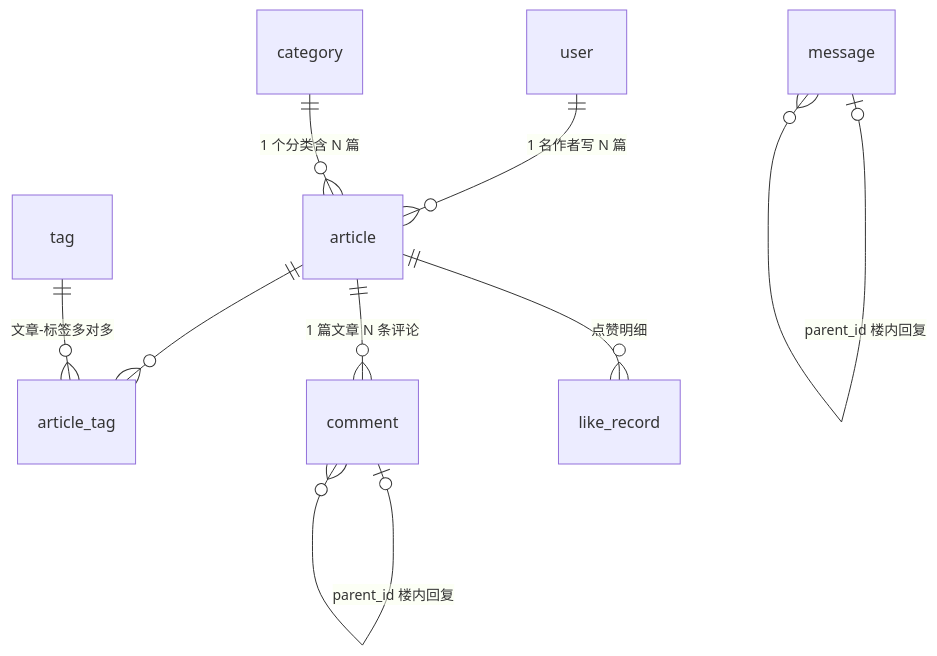
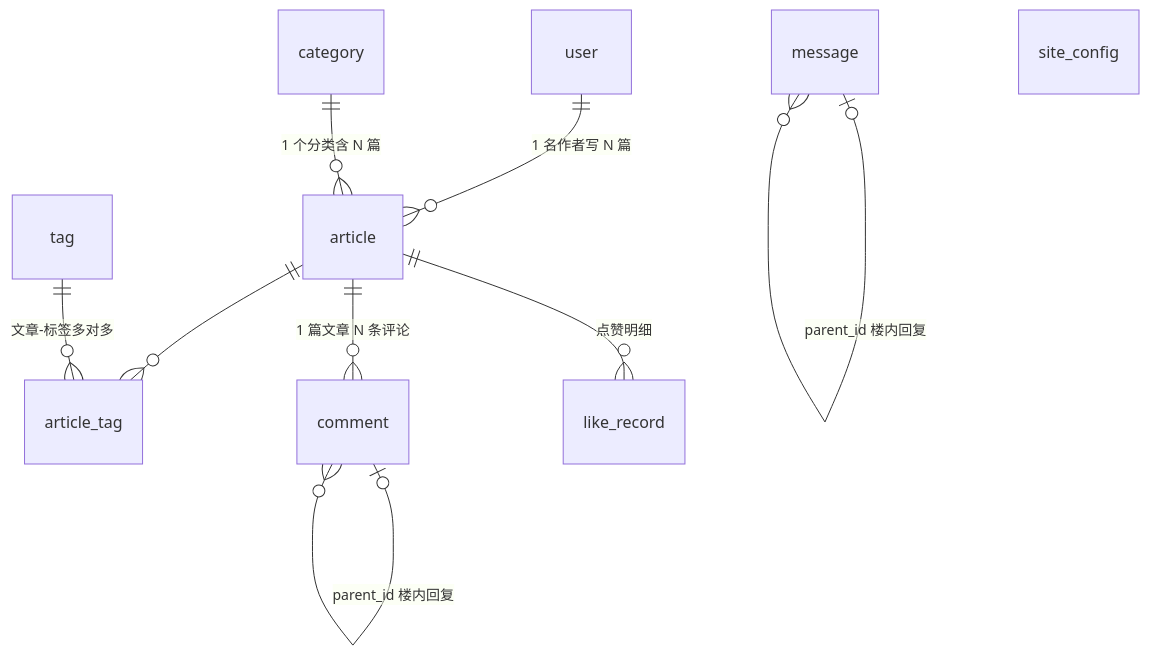
The diagram in docs/设计文档.md (CleverAlpaca/blog), drawn with Mermaid before and after one commit. The commit also changed other lines of this file and 18 other files, not shown here.

````diff
--- a/docs/设计文档.md
+++ b/docs/设计文档.md
@@ -190,11 +192,12 @@
 ```mermaid
 erDiagram
     "user" ||--o{ "article" : "1 名作者写 N 篇"
     "category" ||--o{ "article" : "1 个分类含 N 篇"
     "article" ||--o{ "article_tag" : ""
     "tag" ||--o{ "article_tag" : "文章-标签多对多"
     "article" ||--o{ "comment" : "1 篇文章 N 条评论"
     "comment" |o--o{ "comment" : "parent_id 楼内回复"
     "article" ||--o{ "like_record" : "点赞明细"
     "message" |o--o{ "message" : "parent_id 楼内回复"
+    "site_config"
 ```
````
